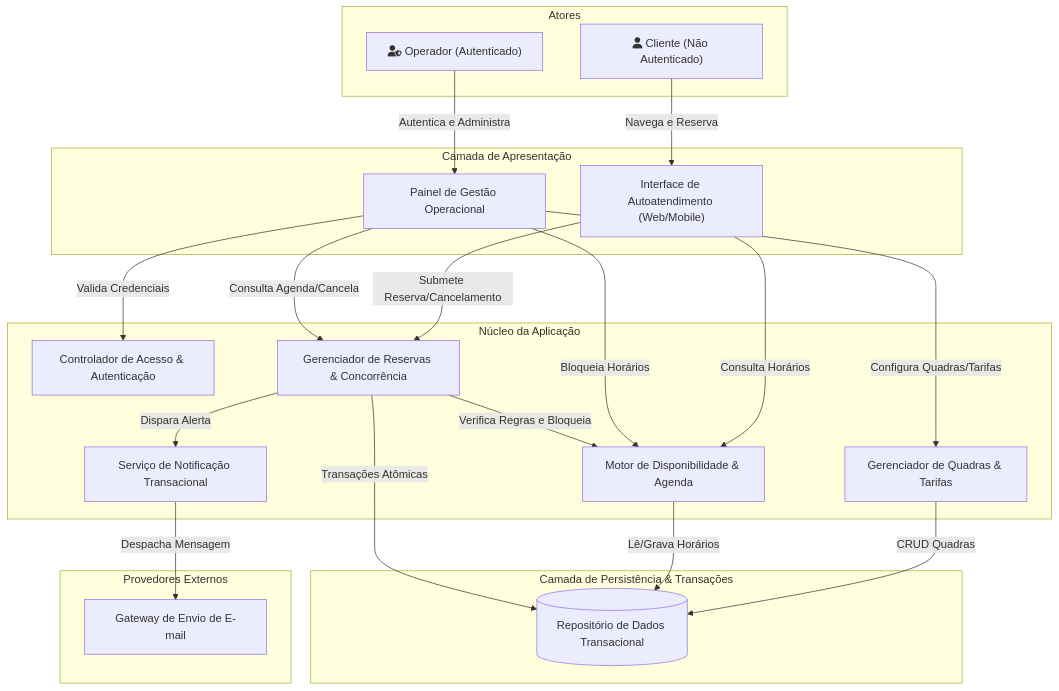
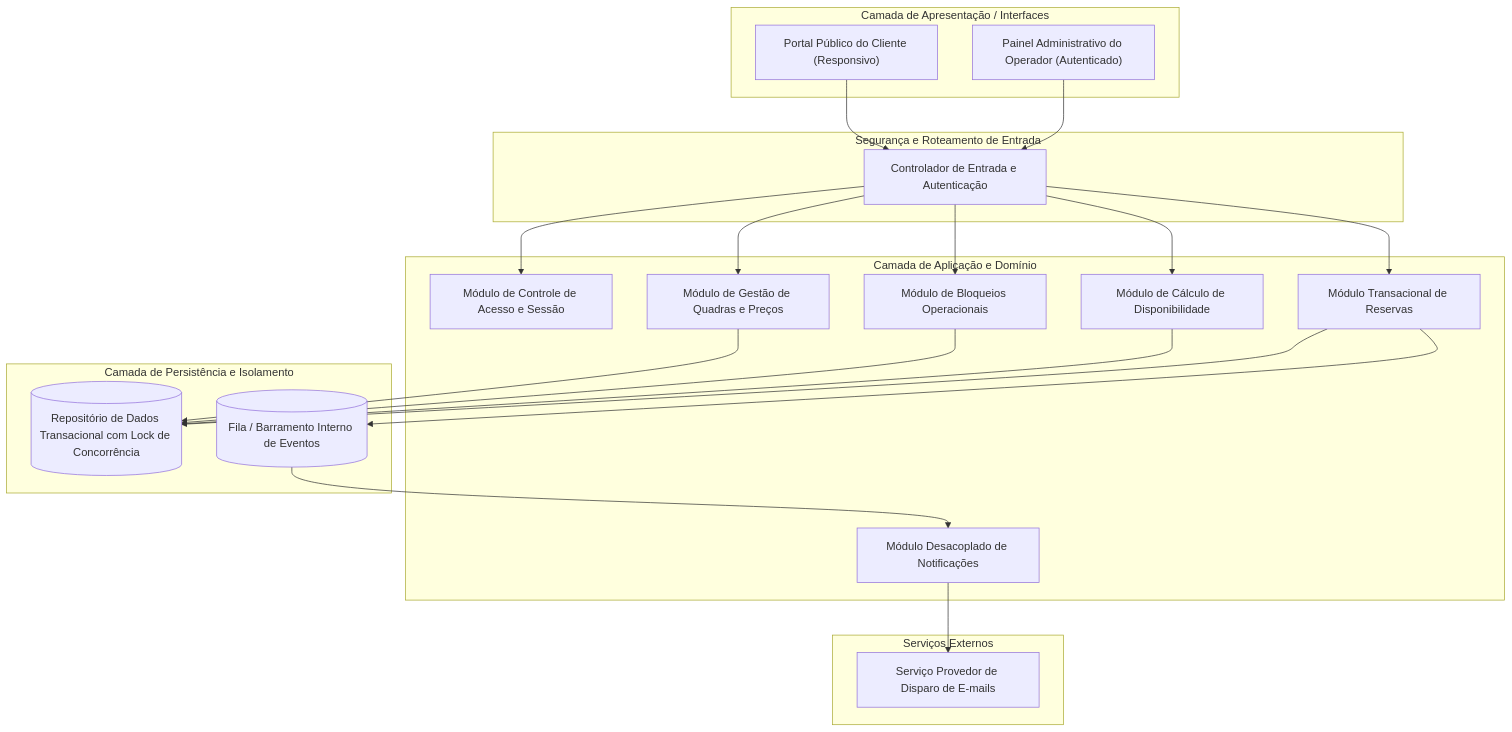
Before and after one commit to PDC-ESIA/AI4ES: the first of 2 diagrams in docs/Time_2_Design/analise-qualitativa/outputs/relatorio_gemini_3_7_flash_P05.md, drawn with Mermaid. The commit also changed other lines of this file and 93 other files, not shown here.

````diff
--- a/docs/Time_2_Design/analise-qualitativa/outputs/relatorio_gemini_3_7_flash_P05.md
+++ b/docs/Time_2_Design/analise-qualitativa/outputs/relatorio_gemini_3_7_flash_P05.md
@@ -25,47 +25,48 @@
 ```mermaid
-flowchart TB
-    subgraph Atores
-        Cliente["fa:fa-user Cliente (Não Autenticado)"]
-        Operador["fa:fa-user-shield Operador (Autenticado)"]
+graph TB
+    subgraph Camada_Apresentacao [Camada de Apresentação / Interfaces]
+        UI_Cliente["Portal Público do Cliente (Responsivo)"]
+        UI_Operador["Painel Administrativo do Operador (Autenticado)"]
     end
 
-    subgraph Camada_Apresentacao["Camada de Apresentação"]
-        PortalPublico["Interface de Autoatendimento (Web/Mobile)"]
-        PainelAdmin["Painel de Gestão Operacional"]
+    subgraph Camada_Borda [Segurança e Roteamento de Entrada]
+        Gateway["Controlador de Entrada e Autenticação"]
     end
 
-    subgraph Nucleo_Arquitetural["Núcleo da Aplicação"]
-        AuthService["Controlador de Acesso & Autenticação"]
-        AgendaEngine["Motor de Disponibilidade & Agenda"]
-        BookingService["Gerenciador de Reservas & Concorrência"]
-        CourtService["Gerenciador de Quadras & Tarifas"]
-        NotificationService["Serviço de Notificação Transacional"]
+    subgraph Camada_Aplicacao [Camada de Aplicação e Domínio]
+        Svc_Auth["Módulo de Controle de Acesso e Sessão"]
+        Svc_Quadras["Módulo de Gestão de Quadras e Preços"]
+        Svc_Bloqueios["Módulo de Bloqueios Operacionais"]
+        Svc_Disponibilidade["Módulo de Cálculo de Disponibilidade"]
+        Svc_Reservas["Módulo Transacional de Reservas"]
+        Svc_Notificacao["Módulo Desacoplado de Notificações"]
     end
 
-    subgraph Camada_Persistencia["Camada de Persistência & Transações"]
-        DataStore[("Repositório de Dados Transacional")]
+    subgraph Camada_Dados [Camada de Persistência e Isolamento]
+        BD_Transacional[("Repositório de Dados Transacional com Lock de Concorrência")]
+        Broker_Eventos[("Fila / Barramento Interno de Eventos")]
     end
 
-    subgraph Provedores_Externos["Provedores Externos"]
-        EmailGateway["Gateway de Envio de E-mail"]
+    subgraph Provedores_Externos [Serviços Externos]
+        Gateway_Email["Serviço Provedor de Disparo de E-mails"]
     end
 
-    Cliente -->|Navega e Reserva| PortalPublico
-    Operador -->|Autentica e Administra| PainelAdmin
+    UI_Cliente --> Gateway
+    UI_Operador --> Gateway
 
-    PortalPublico -->|Consulta Horários| AgendaEngine
-    PortalPublico -->|Submete Reserva/Cancelamento| BookingService
+    Gateway --> Svc_Auth
+    Gateway --> Svc_Disponibilidade
+    Gateway --> Svc_Reservas
+    Gateway --> Svc_Quadras
+    Gateway --> Svc_Bloqueios
 
-    PainelAdmin -->|Valida Credenciais| AuthService
-    PainelAdmin -->|Configura Quadras/Tarifas| CourtService
-    PainelAdmin -->|Bloqueia Horários| AgendaEngine
-    PainelAdmin -->|Consulta Agenda/Cancela| BookingService
-
-    BookingService -->|Verifica Regras e Bloqueia| AgendaEngine
-    BookingService -->|Dispara Alerta| NotificationService
-    NotificationService -->|Despacha Mensagem| EmailGateway
-
-    CourtService -->|CRUD Quadras| DataStore
-    AgendaEngine -->|Lê/Grava Horários| DataStore
-    BookingService -->|Transações Atômicas| DataStore
+    Svc_Quadras --> BD_Transacional
+    Svc_Bloqueios --> BD_Transacional
+    Svc_Disponibilidade --> BD_Transacional
+    
+    Svc_Reservas --> BD_Transacional
+    Svc_Reservas --> Broker_Eventos
+    
+    Broker_Eventos --> Svc_Notificacao
+    Svc_Notificacao --> Gateway_Email
 ```
````
